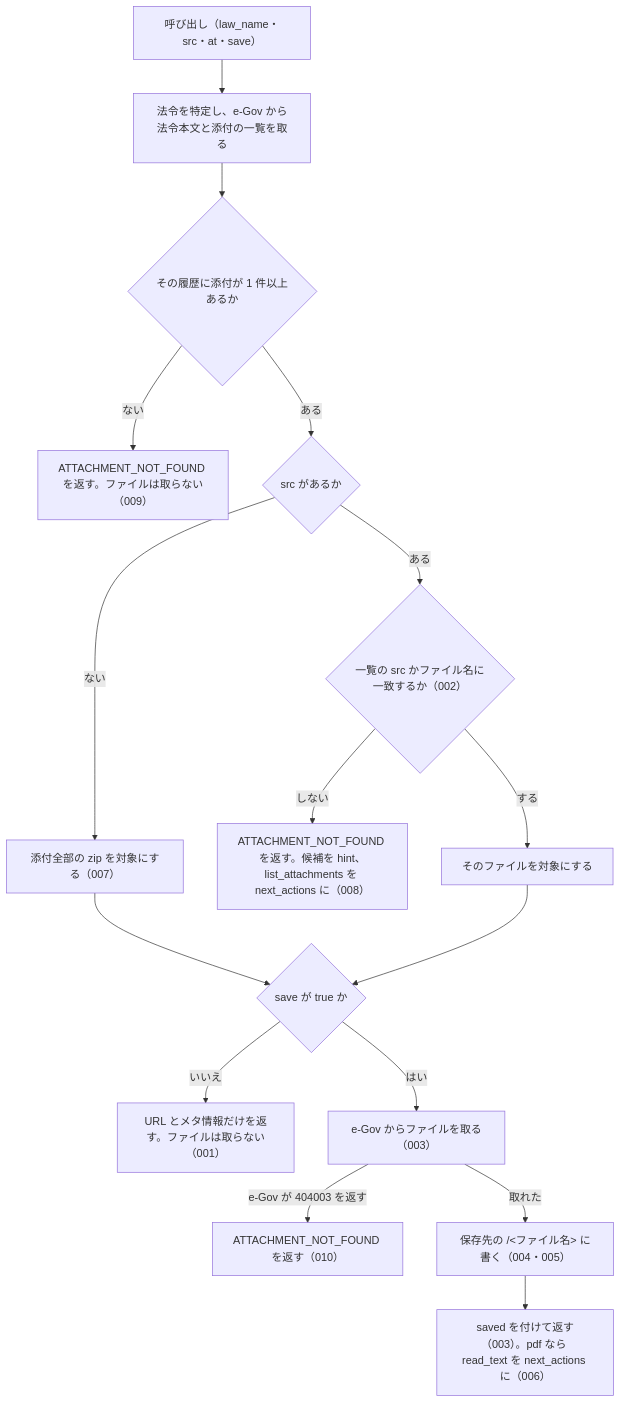
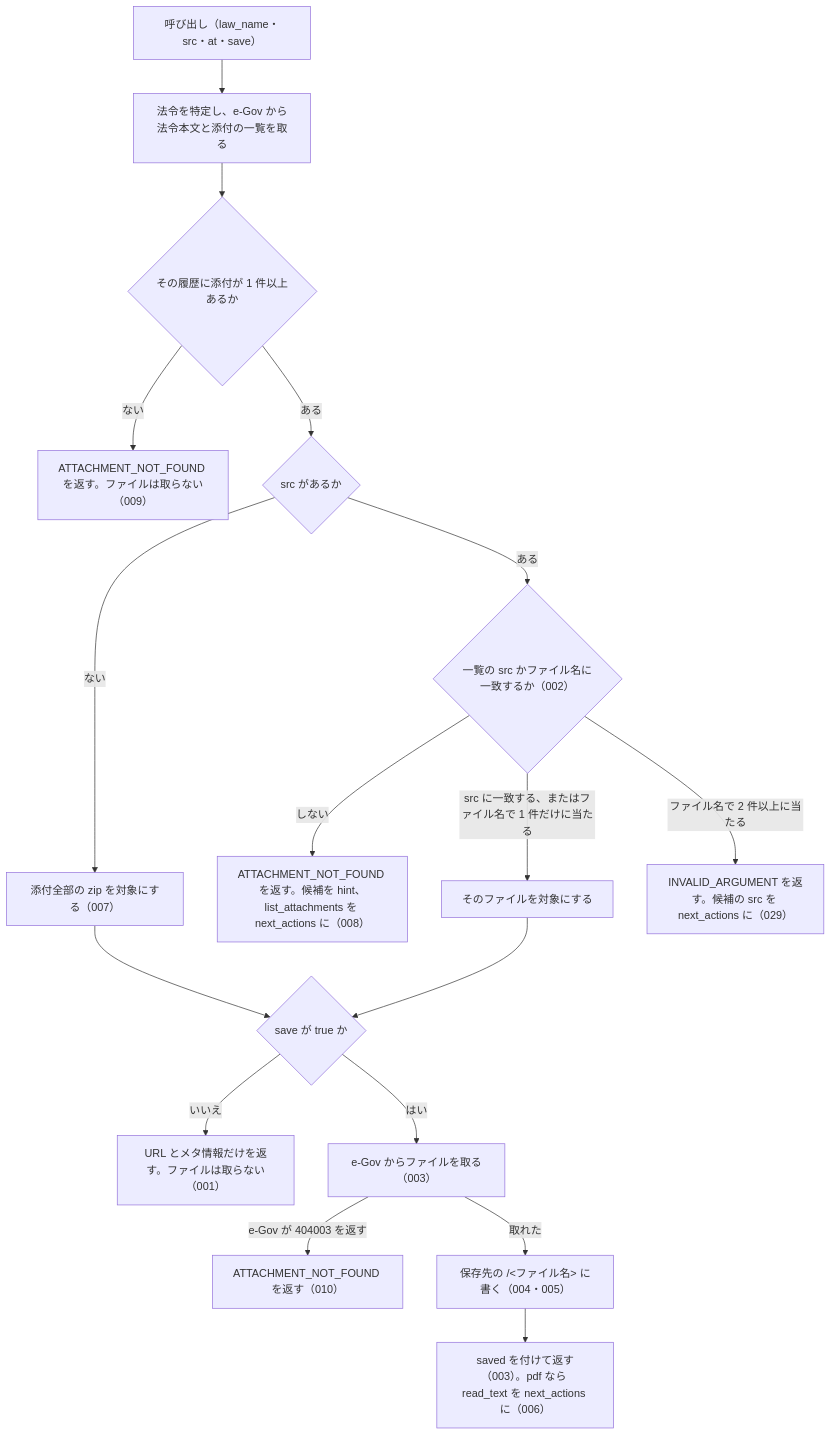
One commit to shuji-bonji/houki-egov-mcp changed the diagram in specs/current/get_attachment/spec.md. Above: the diagram before and after it, drawn with Mermaid. The commit also changed other lines of this file and 27 other files, not shown here.

````diff
--- a/specs/current/get_attachment/spec.md
+++ b/specs/current/get_attachment/spec.md
@@ -32,18 +32,19 @@
 ```mermaid
 flowchart TD
   A["呼び出し（law_name・src・at・save）"] --> B["法令を特定し、e-Gov から法令本文と添付の一覧を取る"]
   B --> C{"その履歴に添付が 1 件以上あるか"}
   C -- ない --> E1["ATTACHMENT_NOT_FOUND を返す。ファイルは取らない（009）"]
   C -- ある --> D{"src があるか"}
   D -- ない --> Z["添付全部の zip を対象にする（007）"]
   D -- ある --> F{"一覧の src かファイル名に一致するか（002）"}
   F -- しない --> E2["ATTACHMENT_NOT_FOUND を返す。候補を hint、list_attachments を next_actions に（008）"]
-  F -- する --> G["そのファイルを対象にする"]
+  F -- "src に一致する、またはファイル名で 1 件だけに当たる" --> G["そのファイルを対象にする"]
+  F -- "ファイル名で 2 件以上に当たる" --> E4["INVALID_ARGUMENT を返す。候補の src を next_actions に（029）"]
   Z --> H{"save が true か"}
   G --> H
   H -- いいえ --> I["URL とメタ情報だけを返す。ファイルは取らない（001）"]
   H -- はい --> J["e-Gov からファイルを取る（003）"]
   J -- "e-Gov が 404003 を返す" --> E3["ATTACHMENT_NOT_FOUND を返す（010）"]
   J -- 取れた --> K["保存先の <law_revision_id>/<ファイル名> に書く（004・005）"]
   K --> L["saved を付けて返す（003）。pdf なら read_text を next_actions に（006）"]
 ```
````
